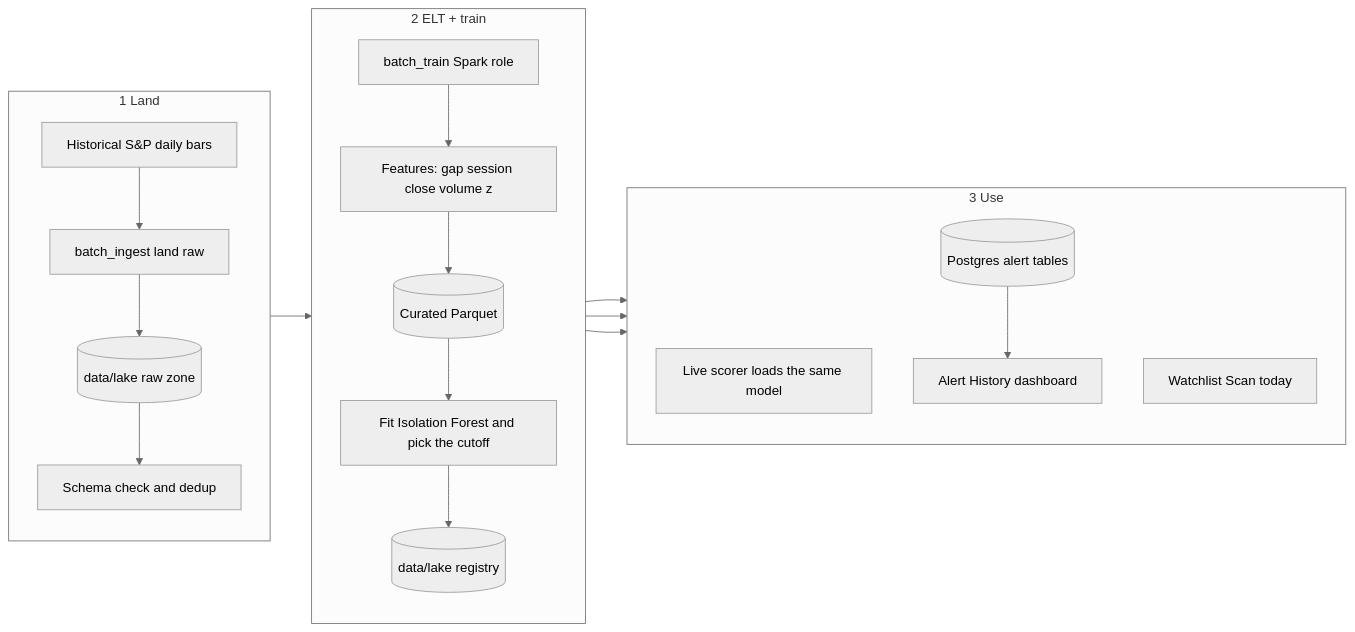
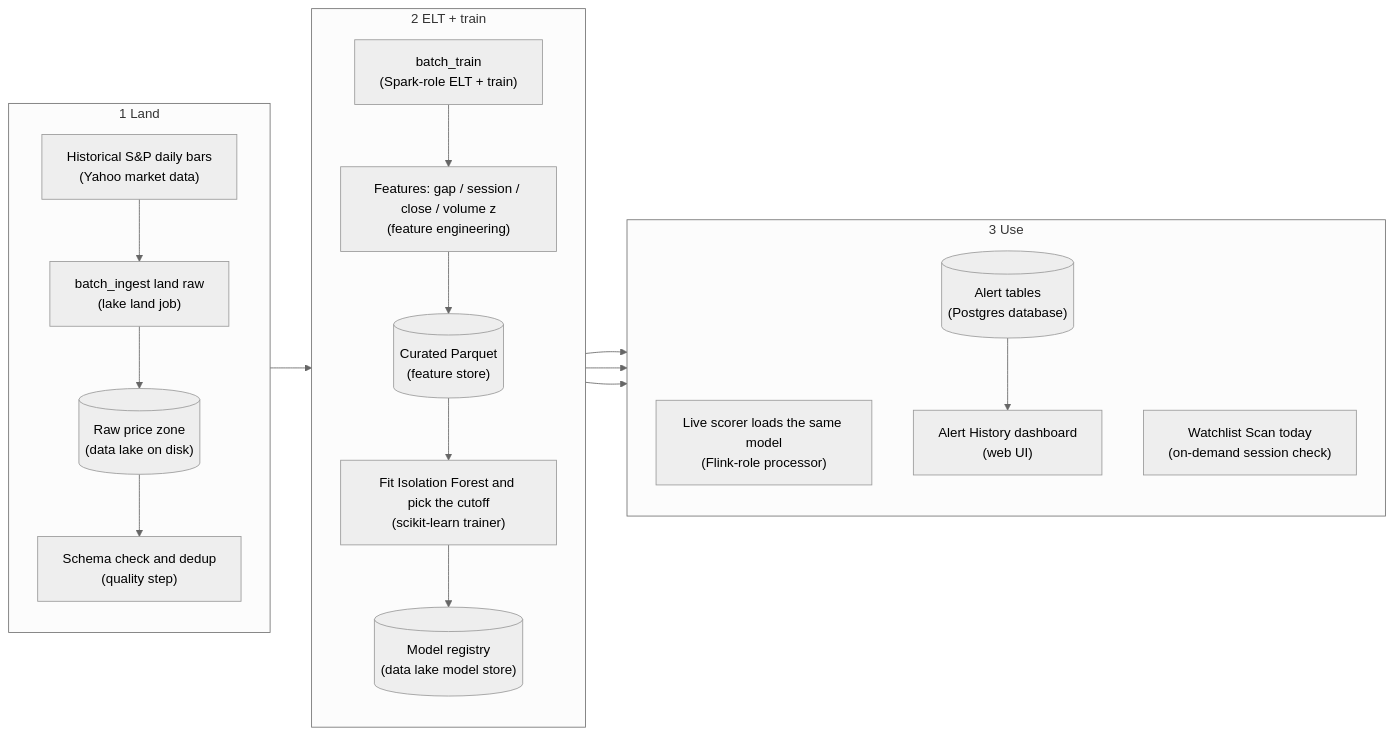
Before and after one commit to sameerde4/ticker-alert-system: the eighth of 10 diagrams in docs/architecture.md, drawn with Mermaid (neutral theme). The commit also changed other lines of this file and 1 other file, not shown here.

First line of the commit message:
Clarify architecture diagram boxes with job plus technical role.

````diff
--- a/docs/architecture.md
+++ b/docs/architecture.md
@@ -402,26 +402,26 @@
 ```mermaid
 flowchart LR
     subgraph land [1 Land]
         direction TB
-        HP[Historical S&P daily bars] --> ELP[batch_ingest land raw]
-        ELP --> RAW[(data/lake raw zone)]
-        RAW --> VAL[Schema check and dedup]
+        HP["Historical S&P daily bars<br/>(Yahoo market data)"] --> ELP["batch_ingest land raw<br/>(lake land job)"]
+        ELP --> RAW[("Raw price zone<br/>(data lake on disk)")]
+        RAW --> VAL["Schema check and dedup<br/>(quality step)"]
     end
 
     subgraph el [2 ELT + train]
         direction TB
-        VAL --> SPARK_ROLE[batch_train Spark role]
-        SPARK_ROLE --> FEAT[Features: gap session close volume z]
-        FEAT --> CUR[(Curated Parquet)]
-        CUR --> TRAIN[Fit Isolation Forest and pick the cutoff]
-        TRAIN --> REG[(data/lake registry)]
+        VAL --> SPARK_ROLE["batch_train<br/>(Spark-role ELT + train)"]
+        SPARK_ROLE --> FEAT["Features: gap / session / close / volume z<br/>(feature engineering)"]
+        FEAT --> CUR[("Curated Parquet<br/>(feature store)")]
+        CUR --> TRAIN["Fit Isolation Forest and pick the cutoff<br/>(scikit-learn trainer)"]
+        TRAIN --> REG[("Model registry<br/>(data lake model store)")]
     end
 
     subgraph use [3 Use]
         direction TB
-        REG --> LIVE[Live scorer loads the same model]
-        REG --> SCAN[Watchlist Scan today]
-        CUR --> PG[(Postgres alert tables)]
-        PG --> UI[Alert History dashboard]
+        REG --> LIVE["Live scorer loads the same model<br/>(Flink-role processor)"]
+        REG --> SCAN["Watchlist Scan today<br/>(on-demand session check)"]
+        CUR --> PG[("Alert tables<br/>(Postgres database)")]
+        PG --> UI["Alert History dashboard<br/>(web UI)"]
     end
 ```
````
